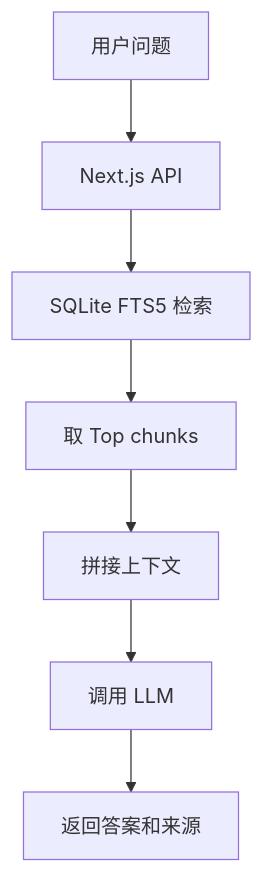
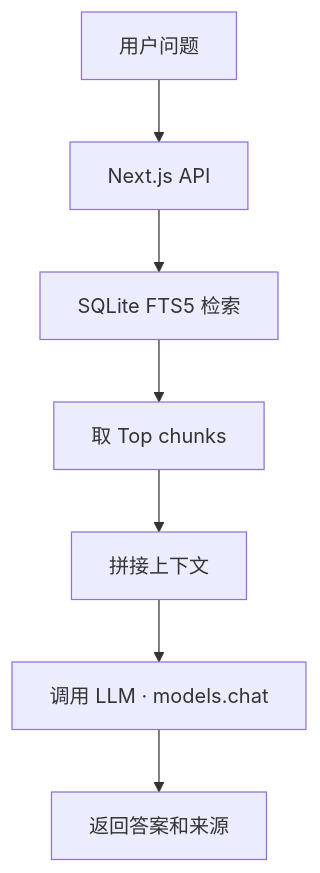
One commit to pppwaw/bookwiki changed the fifth of 5 diagrams in design.md. Above: the diagram before and after it, drawn with Mermaid. The commit also changed other lines of this file, not shown here.

````diff
--- a/design.md
+++ b/design.md
@@ -1257,9 +1278,9 @@
 ```mermaid
 flowchart TD
     A[用户问题] --> B[Next.js API]
     B --> C[SQLite FTS5 检索]
     C --> D[取 Top chunks]
     D --> E[拼接上下文]
-    E --> F[调用 LLM]
+    E --> F[调用 LLM · models.chat]
     F --> G[返回答案和来源]
 ```
````
